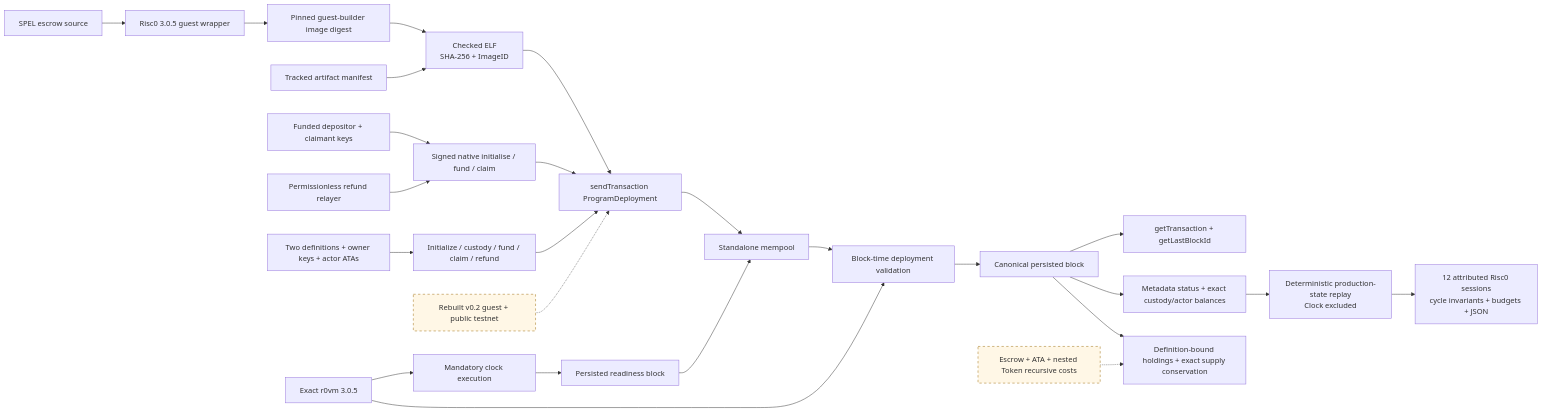
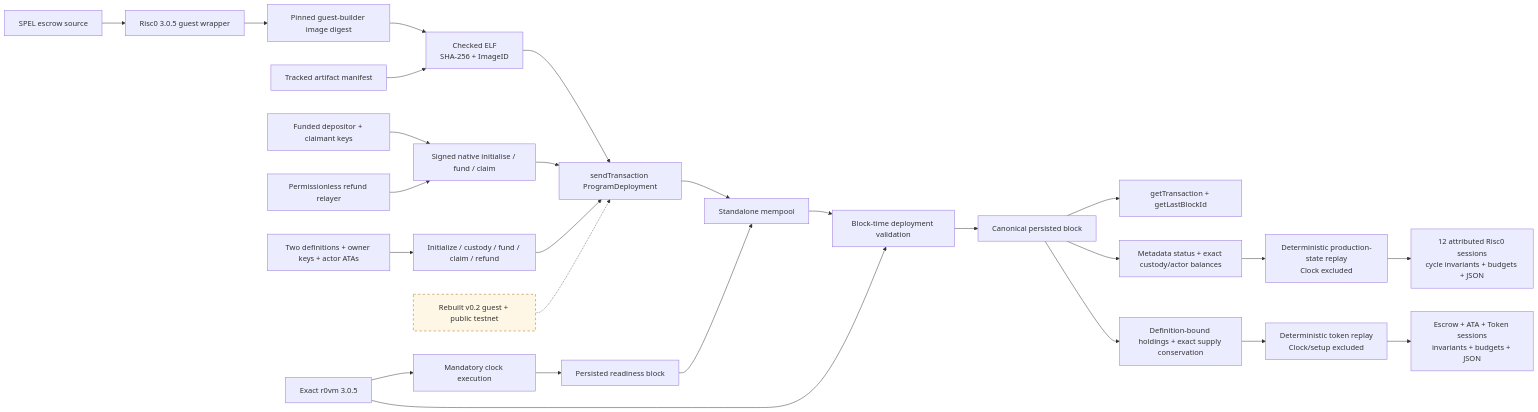
One commit to gateway-fm/lez-atomic-swaps changed the fourth of 7 diagrams in docs/architecture/system-architecture.md. Above: the diagram before and after it, drawn with Mermaid. The commit also changed other lines of this file and 9 other files, not shown here.

Commit message:
test: gate LEZ token recursive costs

````diff
--- a/docs/architecture/system-architecture.md
+++ b/docs/architecture/system-architecture.md
@@ -191,30 +192,31 @@
 ```mermaid
 flowchart LR
     Source["SPEL escrow source"] --> Guest["Risc0 3.0.5 guest wrapper"]
     Builder["Pinned guest-builder image digest"] --> ELF["Checked ELF<br/>SHA-256 + ImageID"]
     Guest --> Builder
     Manifest["Tracked artifact manifest"] --> ELF
     R0VM["Exact r0vm 3.0.5"] --> Clock["Mandatory clock execution"]
     Clock --> Ready["Persisted readiness block"]
     ELF --> RPC["sendTransaction ProgramDeployment"]
     RPC --> Mempool["Standalone mempool"]
     Ready --> Mempool
     Mempool --> Validate["Block-time deployment validation"]
     R0VM --> Validate
     Validate --> Block["Canonical persisted block"]
     Block --> Query["getTransaction + getLastBlockId"]
     Actors["Funded depositor + claimant keys"] --> NativeLifecycle["Signed native initialise / fund / claim"]
     Relayer["Permissionless refund relayer"] --> NativeLifecycle
     NativeLifecycle --> RPC
     Block --> NativeState["Metadata status + exact custody/actor balances"]
     NativeState --> CostReplay["Deterministic production-state replay<br/>Clock excluded"]
     CostReplay --> CostEvidence["12 attributed Risc0 sessions<br/>cycle invariants + budgets + JSON"]
     TokenActors["Two definitions + owner keys + actor ATAs"] --> TokenLifecycle["Initialize / custody / fund / claim / refund"]
     TokenLifecycle --> RPC
     Block --> TokenState["Definition-bound holdings + exact supply conservation"]
-    TokenCosts["Escrow + ATA + nested Token recursive costs"] -.-> TokenState
+    TokenState --> TokenCostReplay["Deterministic token replay<br/>Clock/setup excluded"]
+    TokenCostReplay --> TokenCostEvidence["Escrow + ATA + Token sessions<br/>invariants + budgets + JSON"]
     Testnet["Rebuilt v0.2 guest + public testnet"] -.-> RPC
 
     classDef planned stroke-dasharray: 5 5,fill:#fff7e6,stroke:#9a6700;
-    class TokenCosts,Testnet planned;
+    class Testnet planned;
 ```
````
